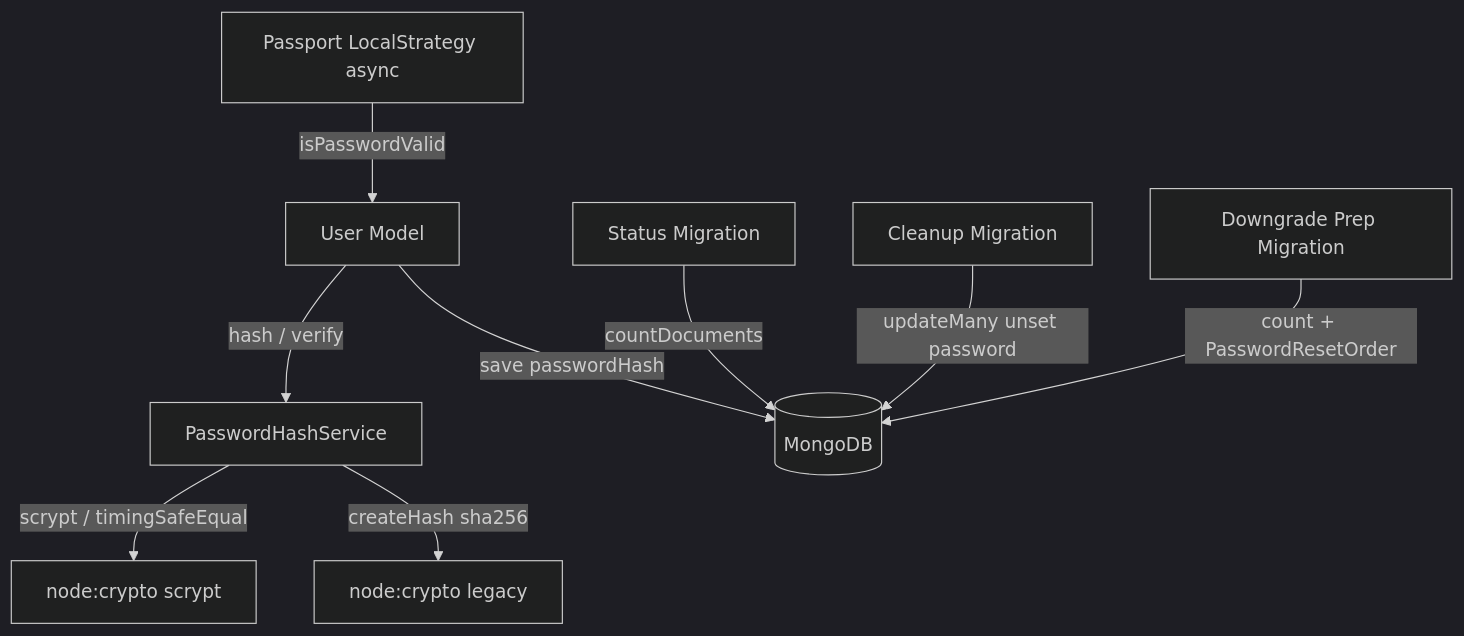
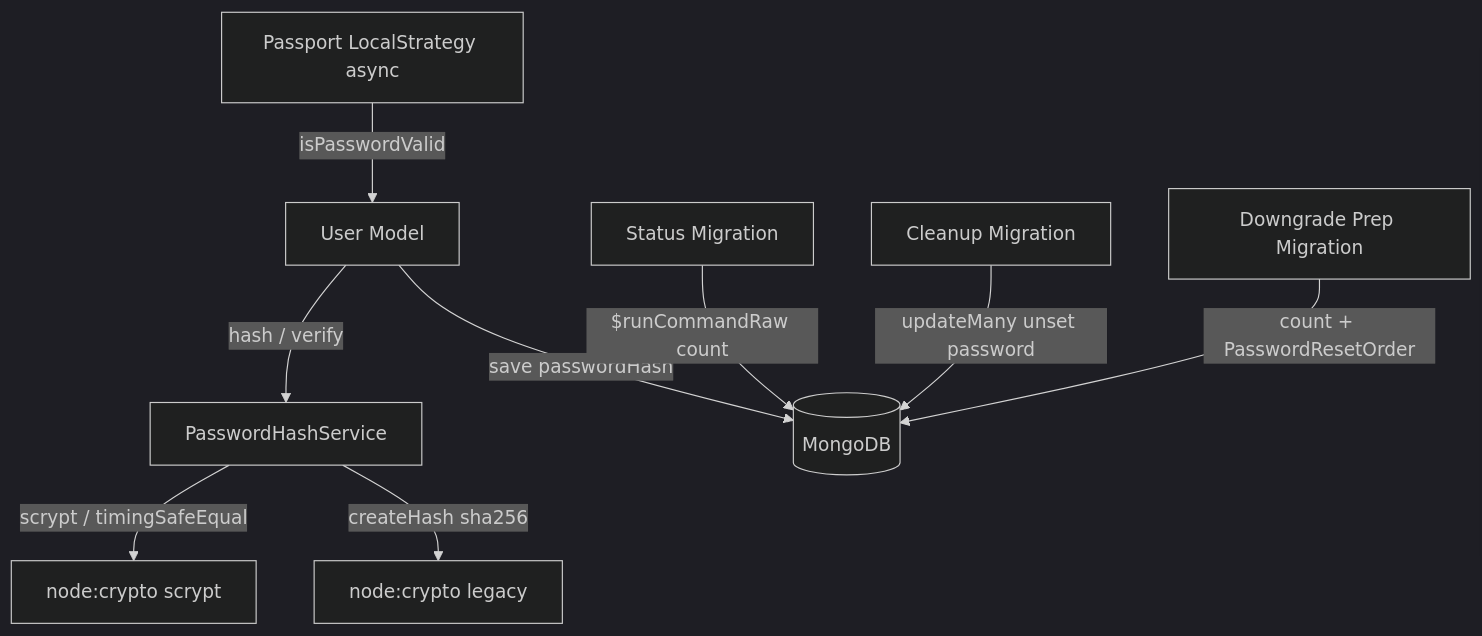
The first of 4 diagrams in .kiro/specs/password-hash-upgrade/design.md (growilabs/growi), drawn with Mermaid (dark theme) before and after one commit. The commit also changed other lines of this file and 4 other files, not shown here.

````diff
--- a/.kiro/specs/password-hash-upgrade/design.md
+++ b/.kiro/specs/password-hash-upgrade/design.md
@@ -95,11 +95,11 @@
 ```mermaid
 graph TB
     Passport[Passport LocalStrategy async] -->|isPasswordValid| UserModel[User Model]
     UserModel -->|hash / verify| PHS[PasswordHashService]
     PHS -->|scrypt / timingSafeEqual| NodeScrypt[node:crypto scrypt]
     PHS -->|createHash sha256| NodeCrypto[node:crypto legacy]
     UserModel -->|save passwordHash| MongoDB[(MongoDB)]
-    StatusScript[Status Migration] -->|countDocuments| MongoDB
+    StatusScript[Status Migration] -->|"$runCommandRaw count"| MongoDB
     CleanupScript[Cleanup Migration] -->|updateMany unset password| MongoDB
     DowngradeScript[Downgrade Prep Migration] -->|count + PasswordResetOrder| MongoDB
 ```
````
